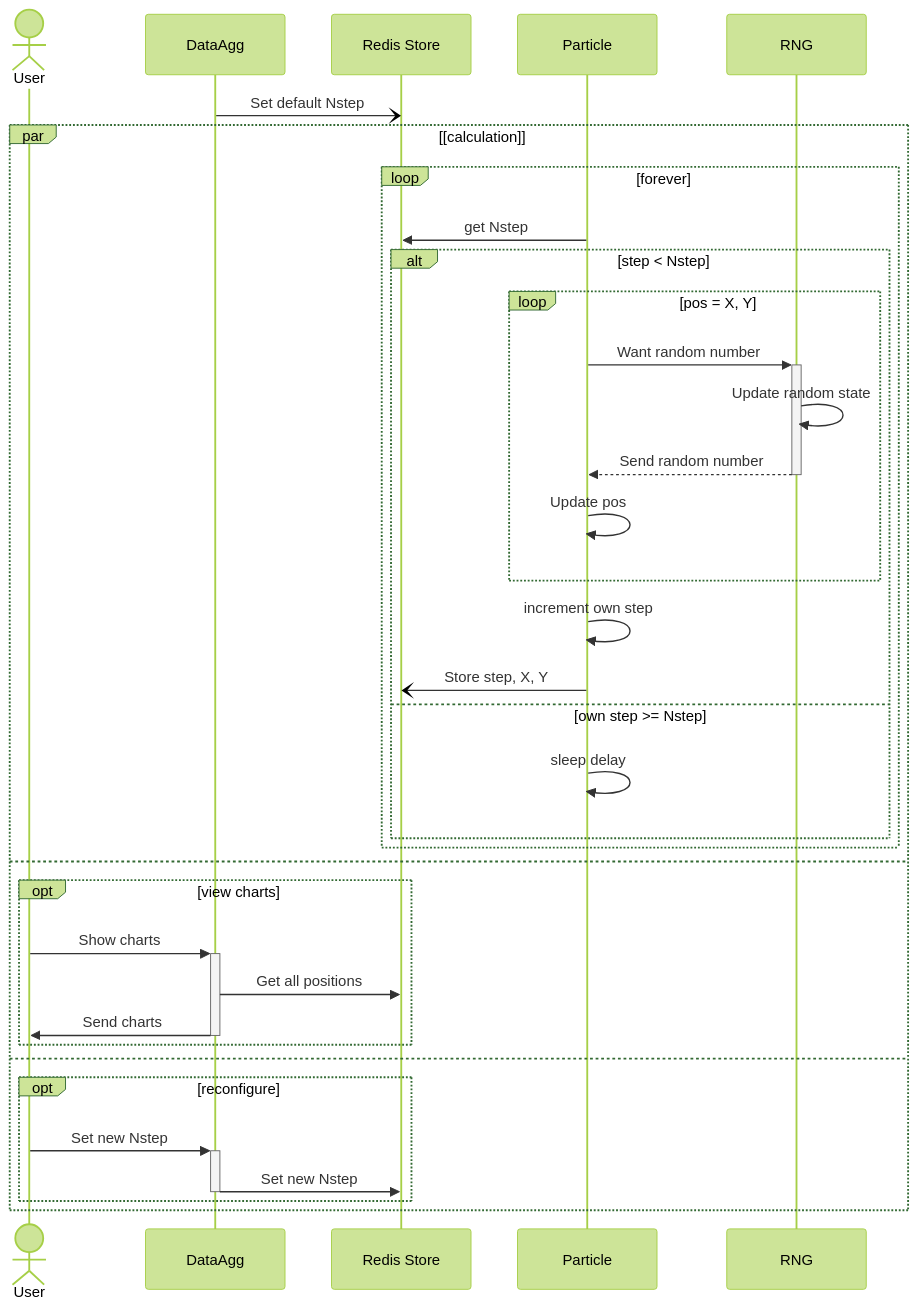
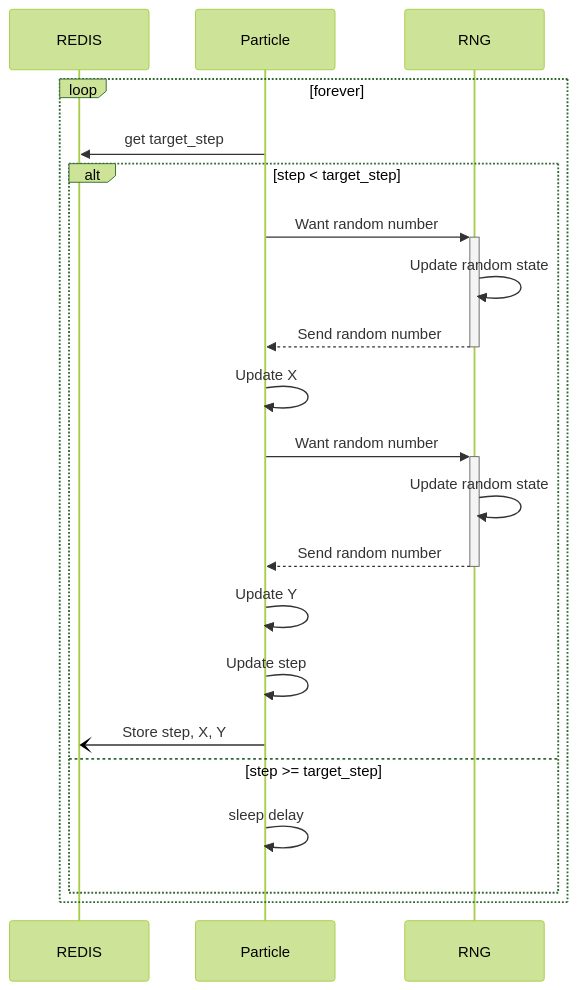
The fifth of 7 diagrams in README.md (willirath/2022_reproducible_distributed_scientific_computing), drawn with Mermaid (forest theme) before and after one commit. The commit also changed other lines of this file, not shown here.

````diff
--- a/README.md
+++ b/README.md
@@ -129,47 +156,27 @@
 ```mermaid
 sequenceDiagram
-    actor U as User
-    participant DA as DataAgg
-    participant RD as Redis Store
+    participant RD as REDIS
     participant P as Particle
     participant R as RNG
 
-    DA-)RD: Set default Nstep
+    loop forever
+        P->>RD: get target_step
+        alt step < target_step
+            P->>+R: Want random number
+            R->>R: Update random state
+            R-->>-P: Send random number
+            P->>P: Update X
+            P->>+R: Want random number
+            R->>R: Update random state
+            R-->>-P: Send random number
+            P->>P: Update Y
+            P->>P: Update step
+            P-)RD: Store step, X, Y
 
-    par [calculation]
-
-        loop forever
-            P->>RD: get Nstep
-            alt step < Nstep
-                loop pos = X, Y
-                    P->>+R: Want random number
-                    R->>R: Update random state
-                    R-->>-P: Send random number
-                    P->>P: Update pos
-                end
-                P->>P: increment own step
-                P-)RD: Store step, X, Y
-            else own step >= Nstep
-                P->>P: sleep delay
-            end            
-            
-        end
+        else step >= target_step
+            P->>P: sleep delay
+        end            
         
-        %% deactivate P
-    
-    and
-        opt view charts
-            U->>+DA: Show charts
-            DA->>RD: Get all positions
-            DA->>-U: Send charts
-        end
-
-    and
-        opt reconfigure
-            U->>+DA: Set new Nstep
-            DA->>-RD: Set new Nstep
-        end
-
     end
 
 ```
````
